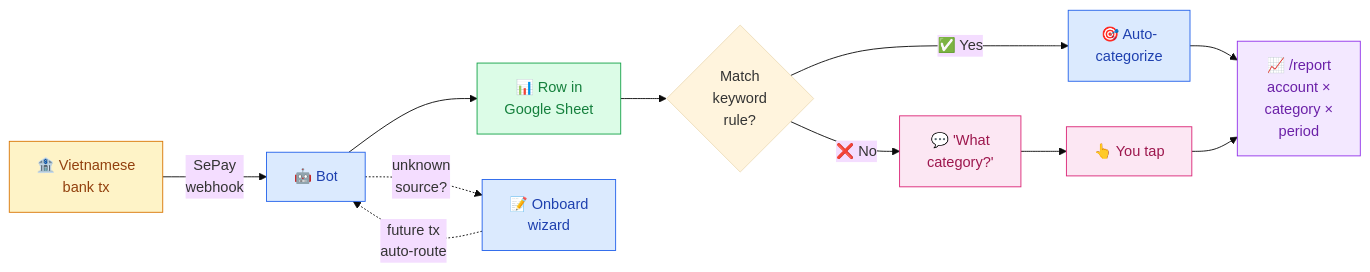
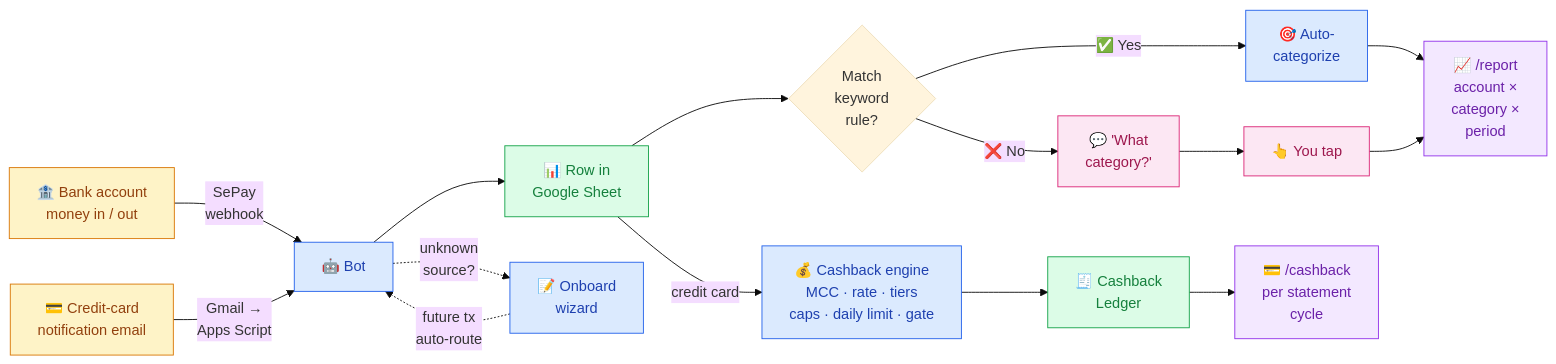
Before and after one commit to maingocanh1702/my-money-went-bot: the diagram in README.md, drawn with Mermaid (base theme). The commit also changed other lines of this file and 8 other files, not shown here.

First line of the commit message:
docs: lead with credit-card cashback tracking and SePay money in/out

````diff
--- a/README.md
+++ b/README.md
@@ -23,25 +29,29 @@
 ```mermaid
 flowchart LR
-    A[🏦 Vietnamese<br/>bank tx] -->|SePay<br/>webhook| B[🤖 Bot]
+    A[🏦 Bank account<br/>money in / out] -->|SePay<br/>webhook| B[🤖 Bot]
+    A2[💳 Credit-card<br/>notification email] -->|Gmail →<br/>Apps Script| B
     B --> C[📊 Row in<br/>Google Sheet]
     C --> D{Match<br/>keyword<br/>rule?}
     D -->|✅ Yes| E[🎯 Auto-<br/>categorize]
     D -->|❌ No| F[💬 'What<br/>category?']
     F --> G[👆 You tap]
     E --> H[📈 /report<br/>account ×<br/>category ×<br/>period]
     G --> H
+    C -->|credit card| K[💰 Cashback engine<br/>MCC · rate · tiers<br/>caps · daily limit · gate]
+    K --> L[🧾 Cashback<br/>Ledger]
+    L --> M[💳 /cashback<br/>per statement<br/>cycle]
 
     B -. unknown<br/>source? .-> I[📝 Onboard<br/>wizard]
     I -. future tx<br/>auto-route .-> B
 
     classDef bank fill:#fef3c7,stroke:#d97706,color:#92400e
     classDef bot fill:#dbeafe,stroke:#2563eb,color:#1e40af
     classDef store fill:#dcfce7,stroke:#16a34a,color:#15803d
     classDef user fill:#fce7f3,stroke:#db2777,color:#9d174d
     classDef out fill:#f3e8ff,stroke:#9333ea,color:#6b21a8
-    class A bank
-    class B,E,I bot
-    class C store
+    class A,A2 bank
+    class B,E,I,K bot
+    class C,L store
     class F,G user
-    class H out
+    class H,M out
 ```
````
